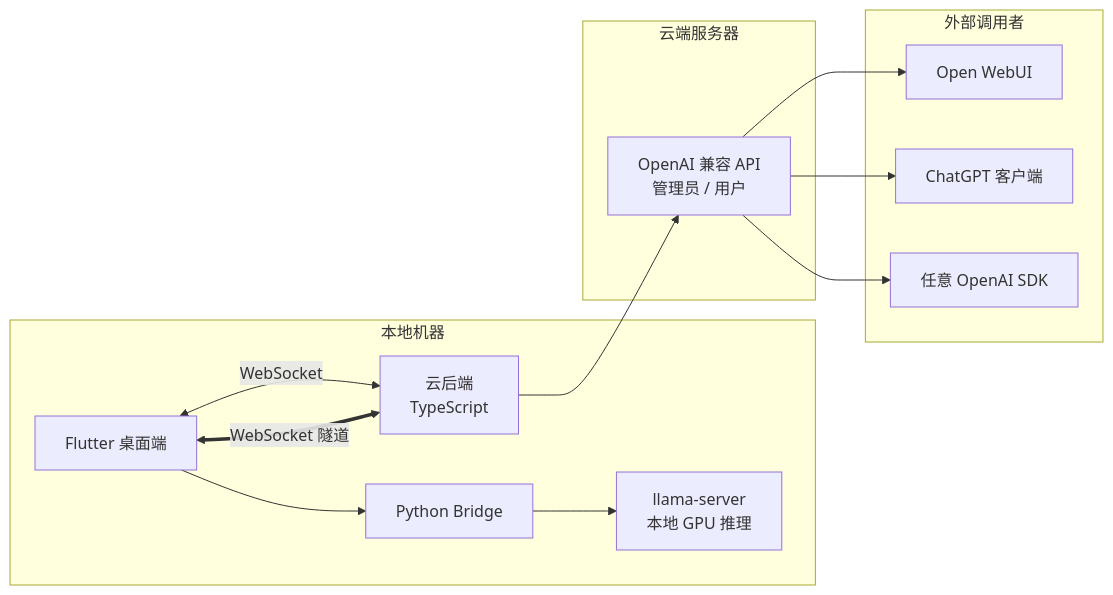
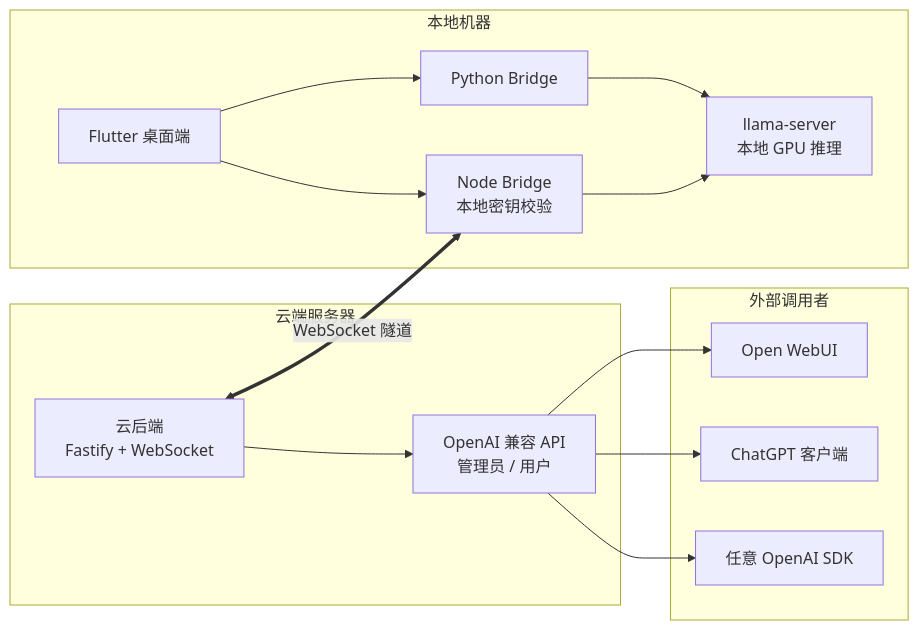
The diagram in README.md (tianxingstarsky/OpenMyModel), drawn with Mermaid before and after one commit. The commit also changed other lines of this file and 47 other files, not shown here.

````diff
--- a/README.md
+++ b/README.md
@@ -25,20 +25,21 @@
 ```mermaid
 flowchart LR
     subgraph 本地机器
         A[Flutter 桌面端] --> B[Python Bridge]
         B --> C[llama-server<br/>本地 GPU 推理]
-        A <-->|WebSocket| D[云后端<br/>TypeScript]
+        A --> N[Node Bridge<br/>本地密钥校验]
+        N --> C
     end
 
     subgraph 云端服务器
-        D --> E[OpenAI 兼容 API<br/>管理员 / 用户]
+        D[云后端<br/>Fastify + WebSocket] --> E[OpenAI 兼容 API<br/>管理员 / 用户]
     end
 
     subgraph 外部调用者
         E --> F[Open WebUI]
         E --> G[ChatGPT 客户端]
         E --> H[任意 OpenAI SDK]
     end
 
-    D <== WebSocket 隧道 ==> A
+    D <== WebSocket 隧道 ==> N
 ```
````
